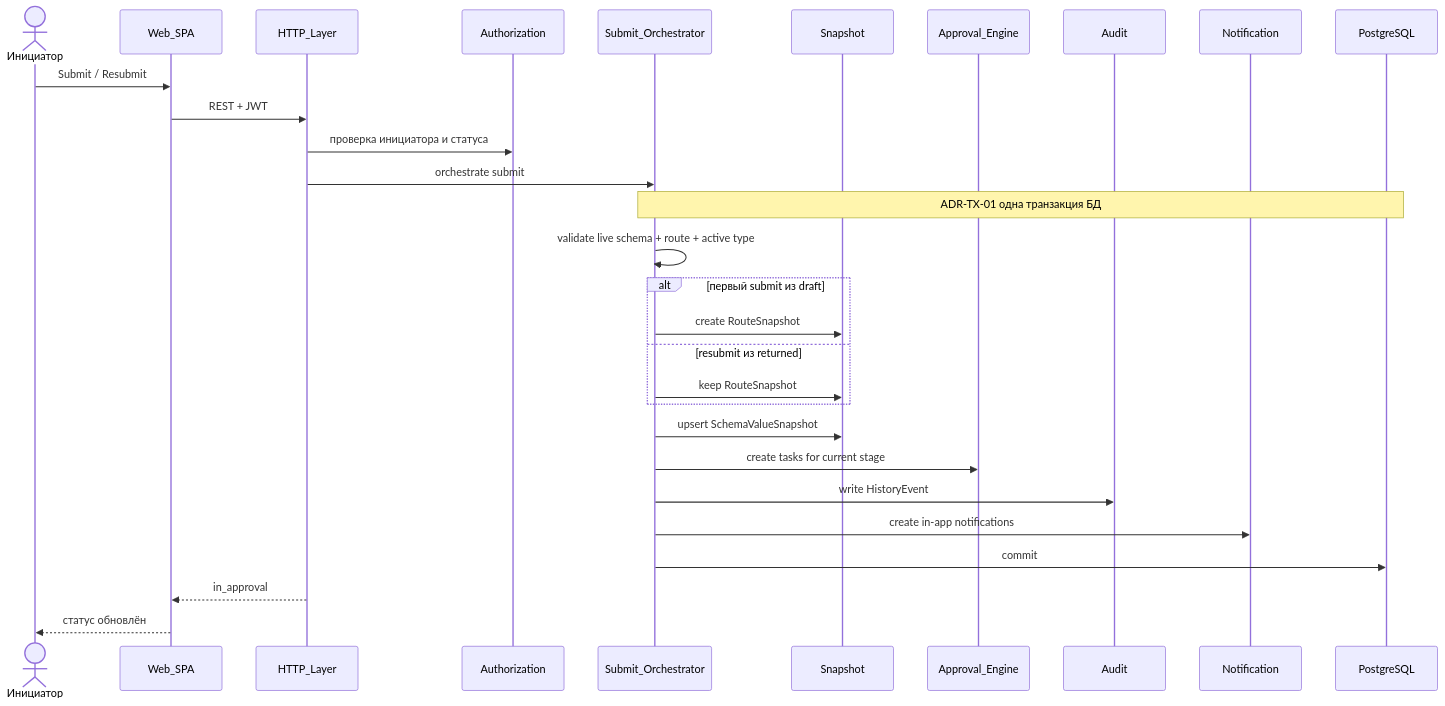
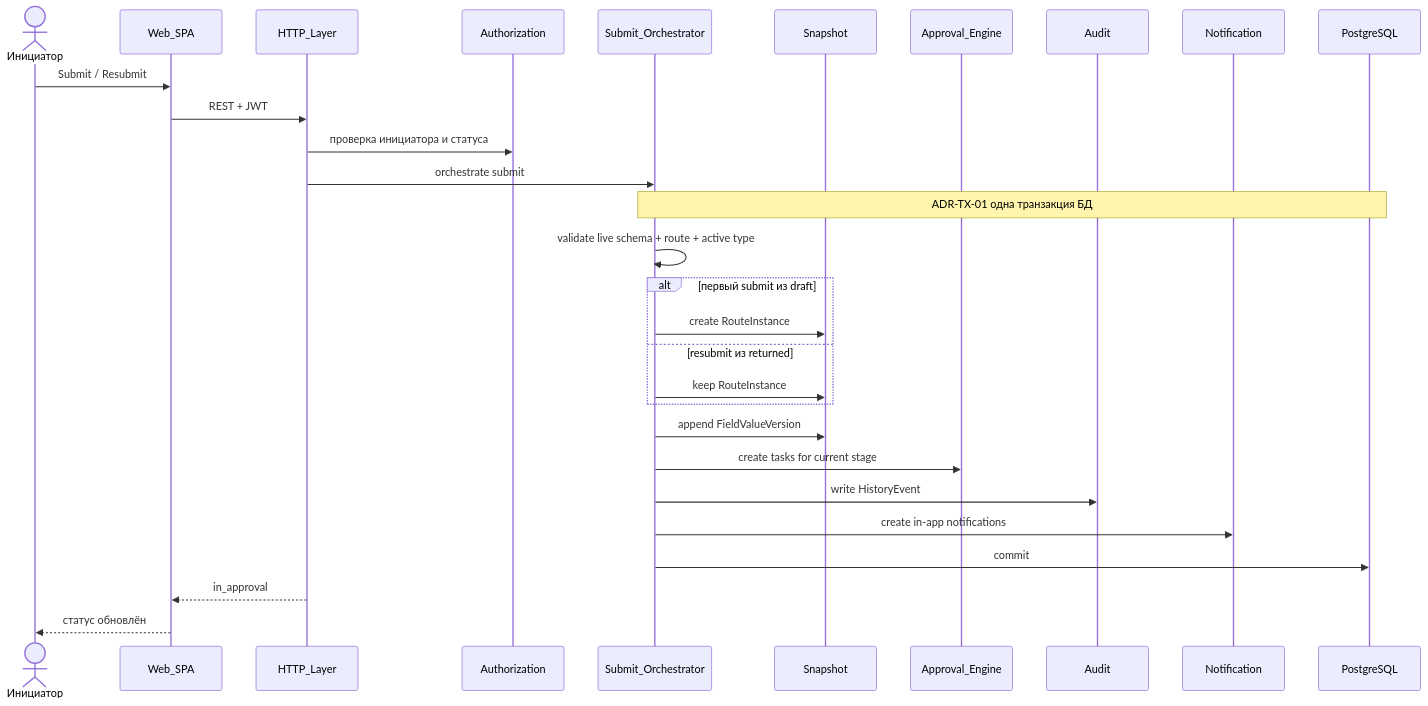
One commit to egoryasuk96/pet-project-hr-tech- changed the first of 3 diagrams in docs/03-diagrams/architecture/data-flows.md. Above: the diagram before and after it, drawn with Mermaid. The commit also changed other lines of this file and 33 other files, not shown here.

````diff
--- a/docs/03-diagrams/architecture/data-flows.md
+++ b/docs/03-diagrams/architecture/data-flows.md
@@ -36,32 +38,32 @@
 ```mermaid
 sequenceDiagram
   actor Init as Инициатор
   participant Web as Web_SPA
   participant API as HTTP_Layer
   participant AuthZ as Authorization
   participant Sub as Submit_Orchestrator
   participant Snap as Snapshot
   participant Appr as Approval_Engine
   participant Aud as Audit
   participant Ntf as Notification
   participant DB as PostgreSQL
 
   Init->>Web: Submit / Resubmit
   Web->>API: REST + JWT
   API->>AuthZ: проверка инициатора и статуса
   API->>Sub: orchestrate submit
   Note over Sub,DB: ADR-TX-01 одна транзакция БД
   Sub->>Sub: validate live schema + route + active type
   alt первый submit из draft
-    Sub->>Snap: create RouteSnapshot
+    Sub->>Snap: create RouteInstance
   else resubmit из returned
-    Sub->>Snap: keep RouteSnapshot
+    Sub->>Snap: keep RouteInstance
   end
-  Sub->>Snap: upsert SchemaValueSnapshot
+  Sub->>Snap: append FieldValueVersion
   Sub->>Appr: create tasks for current stage
   Sub->>Aud: write HistoryEvent
   Sub->>Ntf: create in-app notifications
   Sub->>DB: commit
   API-->>Web: in_approval
   Web-->>Init: статус обновлён
 ```
````
